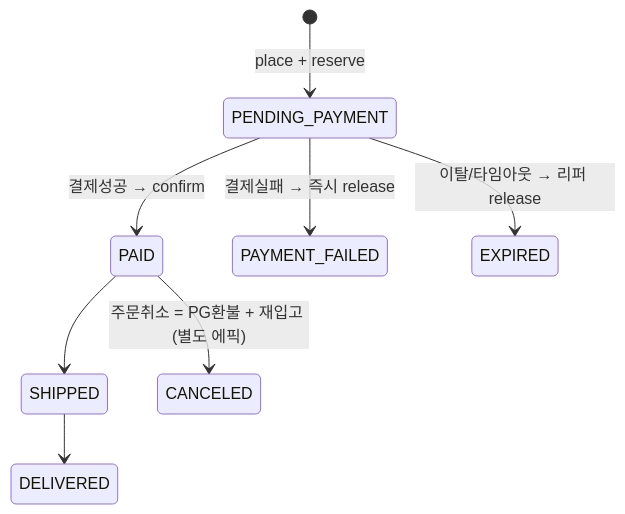
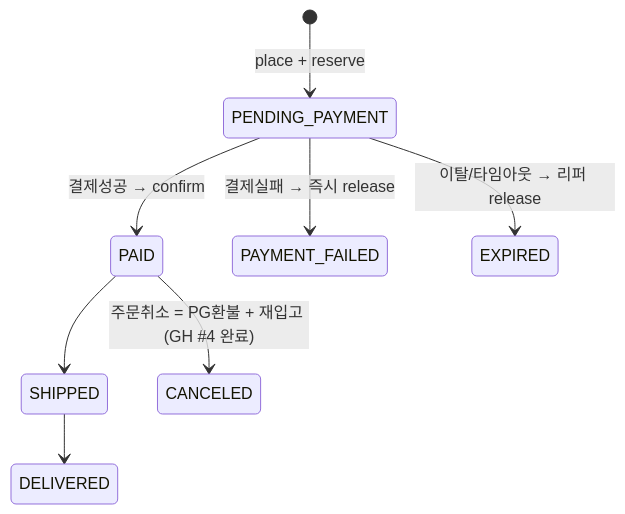
Before and after one commit to polypola-dev/mini-commerce: the third of 3 diagrams in backend/doc/architecture/order.md, drawn with Mermaid. The commit also changed 36 other files, not shown here.

First line of the commit message:
feat: 결제 후 주문취소 — Toss 환불 + 확정재고 재입고 (GH #4)

````diff
--- a/backend/doc/architecture/order.md
+++ b/backend/doc/architecture/order.md
@@ -120,10 +120,10 @@
 ```mermaid
 stateDiagram-v2
     [*] --> PENDING_PAYMENT: place + reserve
     PENDING_PAYMENT --> PAID: 결제성공 → confirm
     PENDING_PAYMENT --> PAYMENT_FAILED: 결제실패 → 즉시 release
     PENDING_PAYMENT --> EXPIRED: 이탈/타임아웃 → 리퍼 release
     PAID --> SHIPPED
     SHIPPED --> DELIVERED
-    PAID --> CANCELED: 주문취소 = PG환불 + 재입고 (별도 에픽)
+    PAID --> CANCELED: 주문취소 = PG환불 + 재입고 (GH #4 완료)
 ```
````
